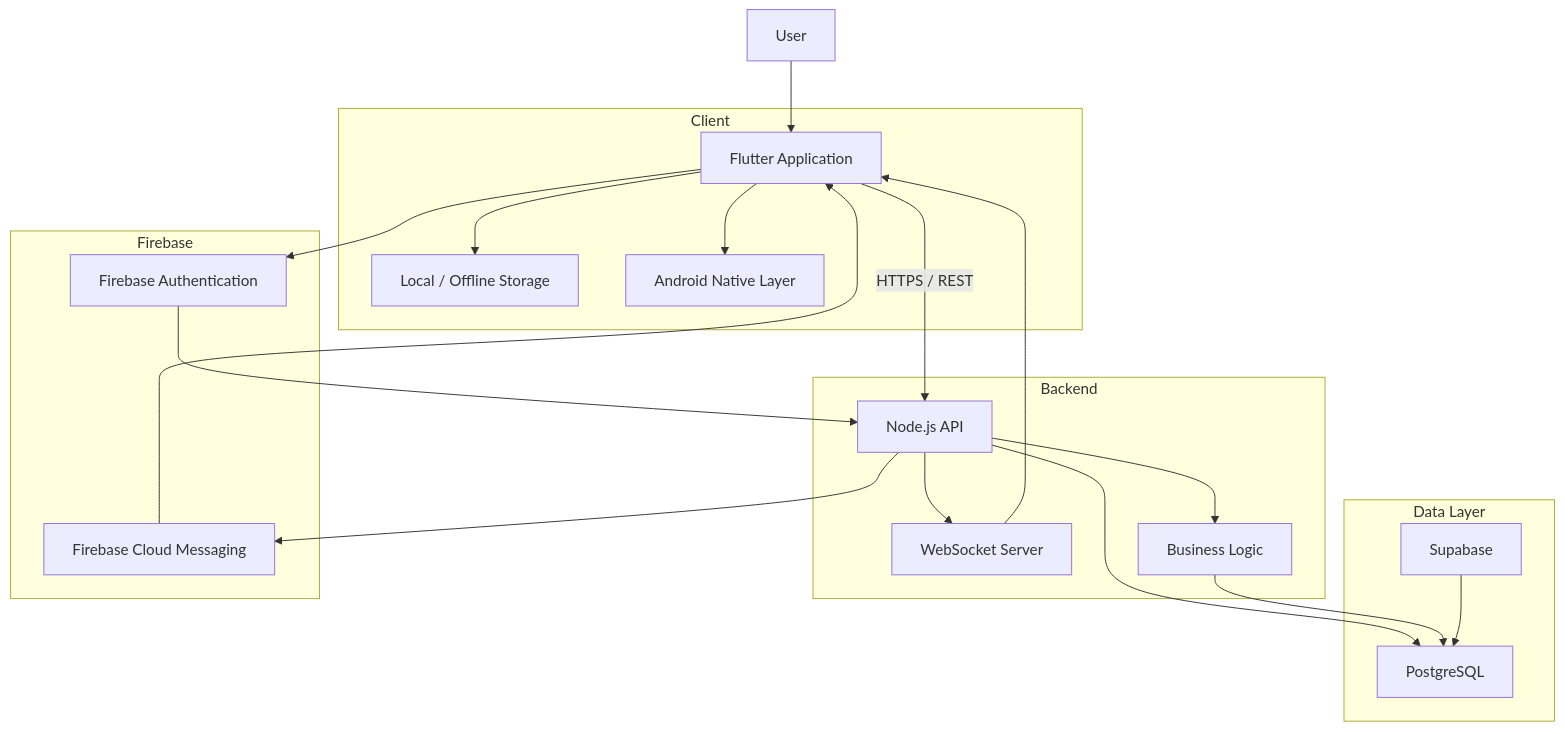
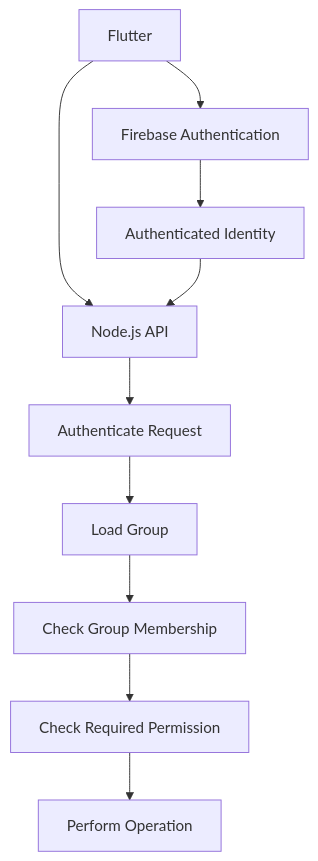
One commit to rajparihar281/SplitLedger changed the third of 8 diagrams in docs/architecture/system-requirements.md. Above: the diagram before and after it, drawn with Mermaid. The commit also changed other lines of this file, not shown here.

Commit message:
Refactor system requirements documentation: restructure sections, enhance clarity, and expand on functional and non-functional requirements for SplitLedger application.

````diff
--- a/docs/architecture/system-requirements.md
+++ b/docs/architecture/system-requirements.md
@@ -355,49 +658,27 @@
 ```mermaid
-flowchart TB
-    USER["User"]
+flowchart TD
 
-    subgraph CLIENT["Client"]
-        FLUTTER["Flutter Application"]
-        LOCAL["Local / Offline Storage"]
-        ANDROID["Android Native Layer"]
-    end
+    CLIENT["Flutter"]
 
-    subgraph BACKEND["Backend"]
-        NODE["Node.js API"]
-        WS["WebSocket Server"]
-        LOGIC["Business Logic"]
-    end
+    AUTH["Firebase Authentication"]
+    TOKEN["Authenticated Identity"]
 
-    subgraph DATA["Data Layer"]
-        SUPABASE["Supabase"]
-        POSTGRES["PostgreSQL"]
-    end
+    API["Node.js API"]
+    AUTHENTICATE["Authenticate Request"]
+    GROUP["Load Group"]
+    MEMBERSHIP["Check Group Membership"]
+    ROLE["Check Required Permission"]
+    OPERATION["Perform Operation"]
 
-    subgraph FIREBASE["Firebase"]
-        AUTH["Firebase Authentication"]
-        FCM["Firebase Cloud Messaging"]
-    end
+    CLIENT --> AUTH
+    AUTH --> TOKEN
 
-    USER --> FLUTTER
+    CLIENT --> API
+    TOKEN --> API
 
-    FLUTTER --> LOCAL
-    FLUTTER --> ANDROID
-
-    FLUTTER -->|"HTTPS / REST"| NODE
-
-    NODE --> LOGIC
-    NODE --> POSTGRES
-
-    LOGIC --> POSTGRES
-
-    NODE --> WS
-    WS --> FLUTTER
-
-    FLUTTER --> AUTH
-    AUTH --> NODE
-
-    NODE --> FCM
-    FCM --> FLUTTER
-
-    SUPABASE --> POSTGRES
+    API --> AUTHENTICATE
+    AUTHENTICATE --> GROUP
+    GROUP --> MEMBERSHIP
+    MEMBERSHIP --> ROLE
+    ROLE --> OPERATION
 ```
````
